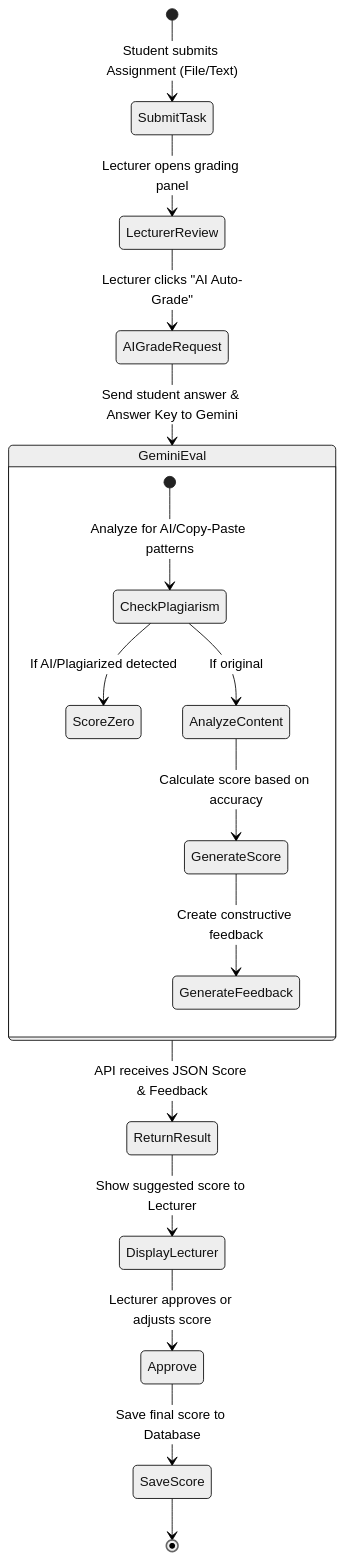
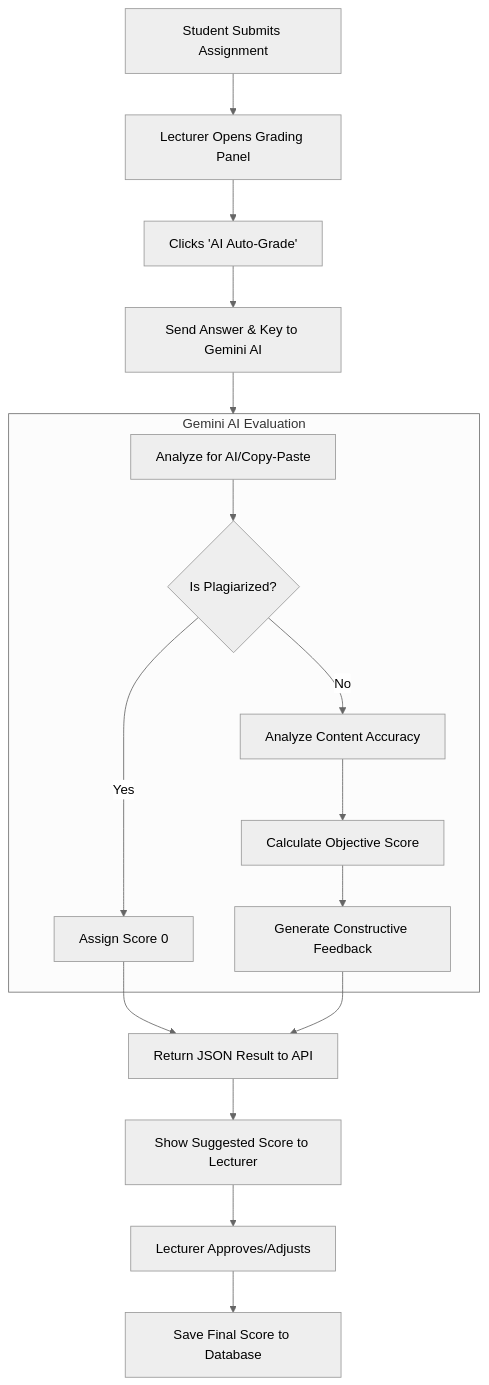
One commit to dwikrisnandi/siakad-dkn-dkn changed the fifth of 5 diagrams in README.md. Above: the diagram before and after it, drawn with Mermaid (neutral theme). The commit also changed other lines of this file, not shown here.

Commit message:
fix: change state diagrams to flowchart TD to fix github mermaid rendering bug

````diff
--- a/README.md
+++ b/README.md
@@ -138,21 +140,27 @@
 ```mermaid
-stateDiagram-v2
-    [*] --> SubmitTask: Student submits Assignment (File/Text)
-    SubmitTask --> LecturerReview: Lecturer opens grading panel
-    LecturerReview --> AIGradeRequest: Lecturer clicks "AI Auto-Grade"
-    AIGradeRequest --> GeminiEval: Send student answer & Answer Key to Gemini
+flowchart TD
+    Start[Student Submits Assignment] --> Panel[Lecturer Opens Grading Panel]
+    Panel --> Click[Clicks 'AI Auto-Grade']
+    Click --> Send[Send Answer & Key to Gemini AI]
     
-    state GeminiEval {
-        [*] --> CheckPlagiarism: Analyze for AI/Copy-Paste patterns
-        CheckPlagiarism --> ScoreZero: If AI/Plagiarized detected
-        CheckPlagiarism --> AnalyzeContent: If original
-        AnalyzeContent --> GenerateScore: Calculate score based on accuracy
-        GenerateScore --> GenerateFeedback: Create constructive feedback
-    }
+    subgraph GeminiEval [Gemini AI Evaluation]
+        Check[Analyze for AI/Copy-Paste]
+        Decision{Is Plagiarized?}
+        Score0[Assign Score 0]
+        Analyze[Analyze Content Accuracy]
+        Score[Calculate Objective Score]
+        Feedback[Generate Constructive Feedback]
+        
+        Check --> Decision
+        Decision -->|Yes| Score0
+        Decision -->|No| Analyze --> Score --> Feedback
+    end
     
-    GeminiEval --> ReturnResult: API receives JSON Score & Feedback
-    ReturnResult --> DisplayLecturer: Show suggested score to Lecturer
-    DisplayLecturer --> Approve: Lecturer approves or adjusts score
-    Approve --> SaveScore: Save final score to Database
-    SaveScore --> [*]
+    Send --> GeminiEval
+    Score0 --> API_Return[Return JSON Result to API]
+    Feedback --> API_Return
+    
+    API_Return --> Display[Show Suggested Score to Lecturer]
+    Display --> Approve[Lecturer Approves/Adjusts]
+    Approve --> Save[Save Final Score to Database]
 ```
````
